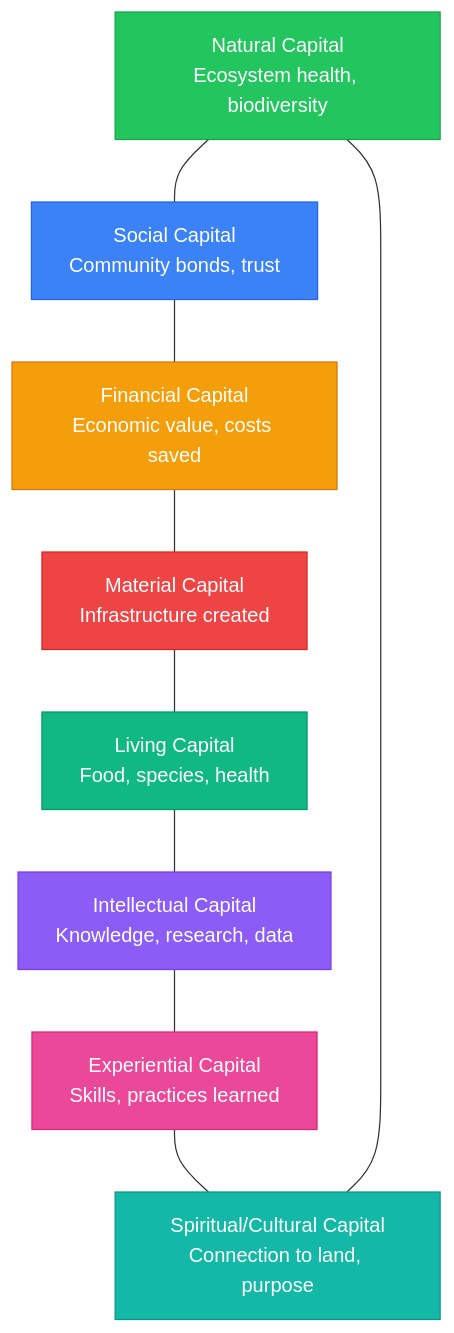
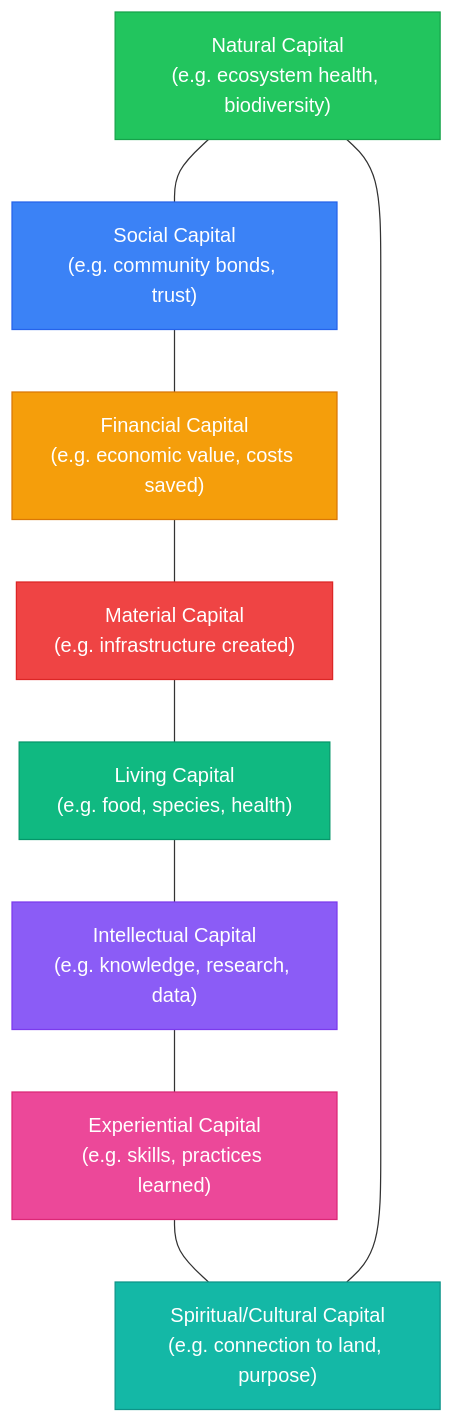
Before and after one commit to greenpill-dev-guild/green-goods: the diagram in docs/docs/community/why-we-build.mdx, drawn with Mermaid. The commit also changed other lines of this file, not shown here.

Commit message:
docs(community): restructure why-we-build with spotlight and forms of capital per Mar 9 review

````diff
--- a/docs/docs/community/why-we-build.mdx
+++ b/docs/docs/community/why-we-build.mdx
@@ -140,20 +148,20 @@
 ```mermaid
 graph TD
-    N["Natural Capital<br/>Ecosystem health, biodiversity"] --- S["Social Capital<br/>Community bonds, trust"]
-    S --- F["Financial Capital<br/>Economic value, costs saved"]
-    F --- M["Material Capital<br/>Infrastructure created"]
-    M --- L["Living Capital<br/>Food, species, health"]
-    L --- I["Intellectual Capital<br/>Knowledge, research, data"]
-    I --- E["Experiential Capital<br/>Skills, practices learned"]
-    E --- SC["Spiritual/Cultural Capital<br/>Connection to land, purpose"]
+    N["Natural Capital<br/>(e.g. ecosystem health, biodiversity)"] --- S["Social Capital<br/>(e.g. community bonds, trust)"]
+    S --- F["Financial Capital<br/>(e.g. economic value, costs saved)"]
+    F --- M["Material Capital<br/>(e.g. infrastructure created)"]
+    M --- L["Living Capital<br/>(e.g. food, species, health)"]
+    L --- I["Intellectual Capital<br/>(e.g. knowledge, research, data)"]
+    I --- E["Experiential Capital<br/>(e.g. skills, practices learned)"]
+    E --- SC["Spiritual/Cultural Capital<br/>(e.g. connection to land, purpose)"]
     SC --- N
 
     style N fill:#22c55e,stroke:#16a34a,color:#fff
     style S fill:#3b82f6,stroke:#2563eb,color:#fff
     style F fill:#f59e0b,stroke:#d97706,color:#fff
     style M fill:#ef4444,stroke:#dc2626,color:#fff
     style L fill:#10b981,stroke:#059669,color:#fff
     style I fill:#8b5cf6,stroke:#7c3aed,color:#fff
     style E fill:#ec4899,stroke:#db2777,color:#fff
     style SC fill:#14b8a6,stroke:#0d9488,color:#fff
 ```
````
